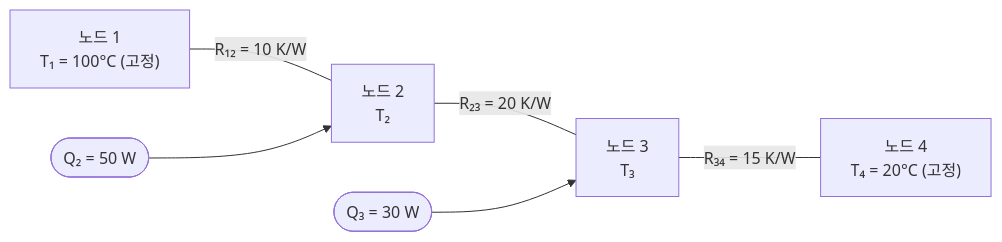
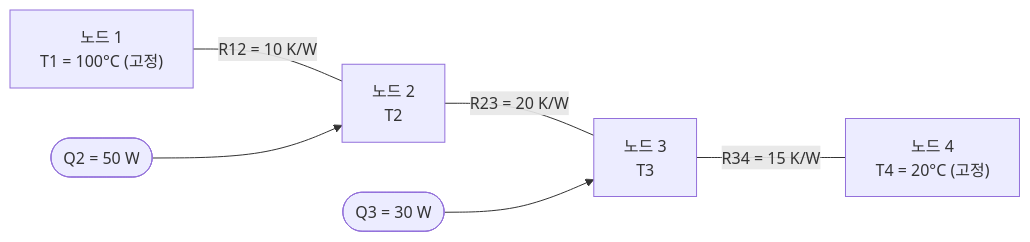
One commit to Choroning/26Spring_Numerical-Analysis changed the first of 2 diagrams in Lecture-Notes/Ch10_LU-Factorization/Concepts_Lab.ko.md. Above: the diagram before and after it, drawn with Mermaid. The commit also changed other lines of this file and 41 other files, not shown here.

````diff
--- a/Lecture-Notes/Ch10_LU-Factorization/Concepts_Lab.ko.md
+++ b/Lecture-Notes/Ch10_LU-Factorization/Concepts_Lab.ko.md
@@ -174,8 +174,8 @@
 ```mermaid
 flowchart LR
-    N1["노드 1<br>T₁ = 100°C (고정)"] ---|"R₁₂ = 10 K/W"| N2["노드 2<br>T₂"]
-    N2 ---|"R₂₃ = 20 K/W"| N3["노드 3<br>T₃"]
-    N3 ---|"R₃₄ = 15 K/W"| N4["노드 4<br>T₄ = 20°C (고정)"]
-    Q2(["Q₂ = 50 W"]) --> N2
-    Q3(["Q₃ = 30 W"]) --> N3
+    N1["노드 1<br>T1 = 100°C (고정)"] ---|"R12 = 10 K/W"| N2["노드 2<br>T2"]
+    N2 ---|"R23 = 20 K/W"| N3["노드 3<br>T3"]
+    N3 ---|"R34 = 15 K/W"| N4["노드 4<br>T4 = 20°C (고정)"]
+    Q2(["Q2 = 50 W"]) --> N2
+    Q3(["Q3 = 30 W"]) --> N3
 ```
````
